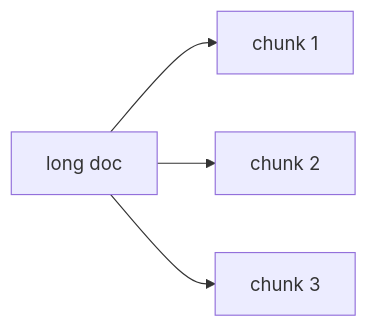
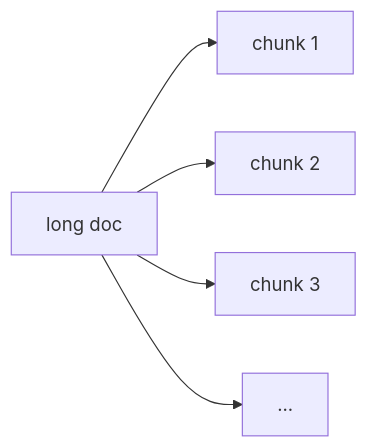
One commit to ucbepic/docetl changed the diagram in docs/operators/split.md. Above: the diagram before and after it, drawn with Mermaid. The commit also changed 8 other files, not shown here.

First line of the commit message:
Operator diagrams: center, add continuation rows

````diff
--- a/docs/operators/split.md
+++ b/docs/operators/split.md
@@ -5,6 +5,7 @@
 ```mermaid
 flowchart LR
     d["long doc"] --> c1["chunk 1"]
     d --> c2["chunk 2"]
     d --> c3["chunk 3"]
+    d --> cn["..."]
 ```
````
